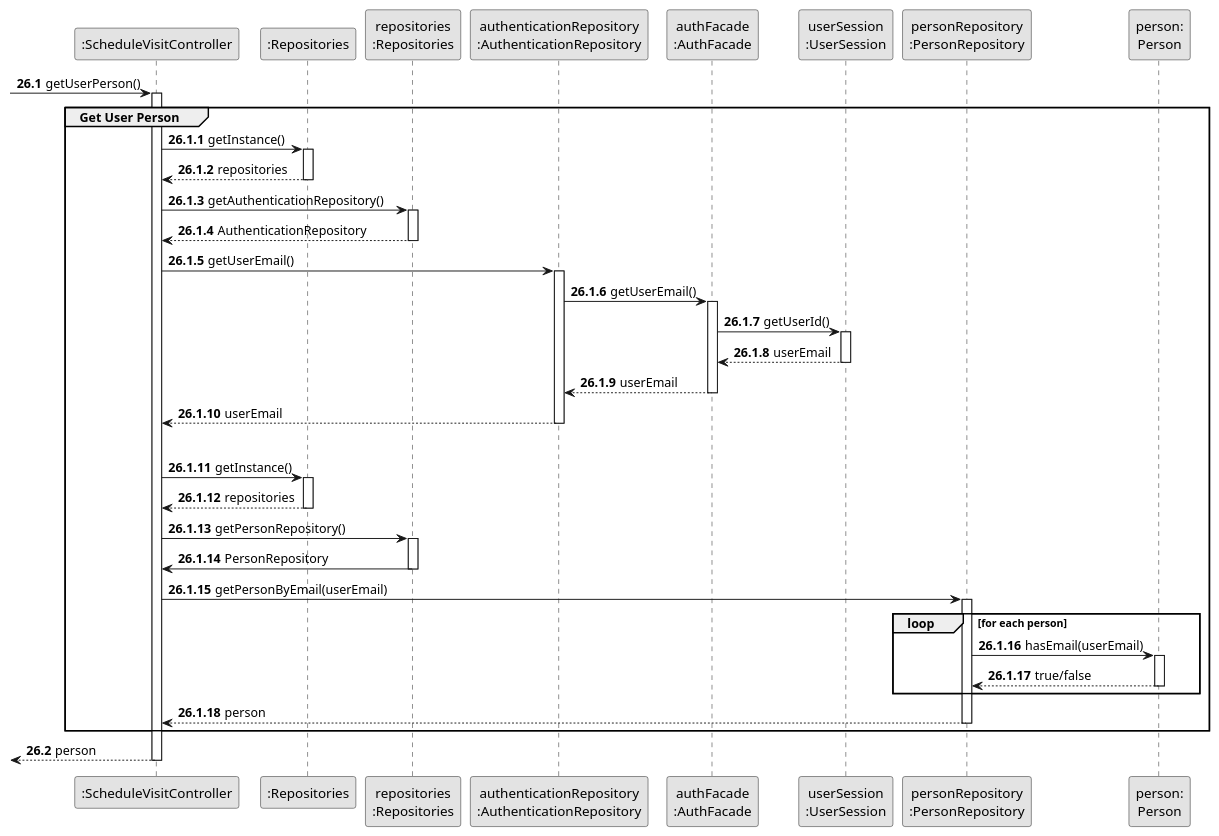
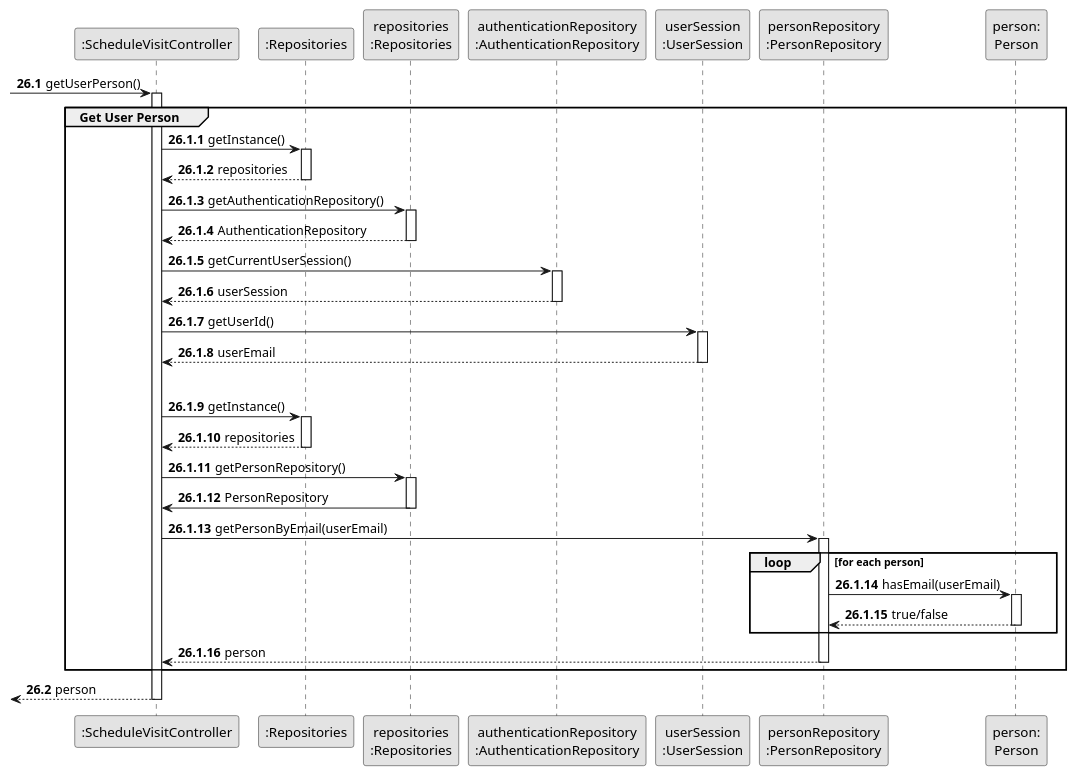
One commit to rita-barbosa/LAPR2-2223 changed the diagram in docs/sprintC/us009/03.design/puml/us009-sequence-diagram-partial-get-user-person.puml. Above: the diagram before and after it, drawn with PlantUML.

Commit message:
Get User Person Partial SD update [US009] [Design]

```diff
--- a/docs/sprintC/us009/03.design/puml/us009-sequence-diagram-partial-get-user-person.puml
+++ b/docs/sprintC/us009/03.design/puml/us009-sequence-diagram-partial-get-user-person.puml
@@ -1,90 +1,83 @@
 @startuml
 skinparam monochrome true
 skinparam packageStyle rectangle
 skinparam shadowing false\
 
 
 participant ":ScheduleVisitController" as CTRL
 participant ":Repositories" as RepositorySingleton
 participant "repositories\n:Repositories" as PLAT
 participant "authenticationRepository\n:AuthenticationRepository" as AuthenticationRepository
-participant "authFacade\n:AuthFacade" as FACADE
 participant "userSession\n:UserSession" as SESSION
 participant "personRepository\n:PersonRepository" as PersonRepository
 participant "person:\nPerson" as PERSON
 
 autonumber 26.1
 
      -> CTRL : getUserPerson()
      activate CTRL
 
 autonumber 26.1.1
 
     group Get User Person
 
         CTRL -> RepositorySingleton : getInstance()
         activate RepositorySingleton
 
             RepositorySingleton --> CTRL : repositories
         deactivate RepositorySingleton
 
         CTRL -> PLAT : getAuthenticationRepository()
         activate PLAT
 
             PLAT --> CTRL : AuthenticationRepository
         deactivate PLAT
 
-        CTRL -> AuthenticationRepository : getUserEmail()
+        CTRL -> AuthenticationRepository : getCurrentUserSession()
         activate AuthenticationRepository
 
-            AuthenticationRepository -> FACADE : getUserEmail()
-            activate FACADE
+           AuthenticationRepository --> CTRL : userSession
+        deactivate AuthenticationRepository
 
-                FACADE -> SESSION : getUserId()
-                activate SESSION
+        CTRL -> SESSION : getUserId()
+        activate SESSION
 
-                    SESSION --> FACADE : userEmail
-                deactivate SESSION
-
-                FACADE --> AuthenticationRepository : userEmail
-            deactivate FACADE
-
-           AuthenticationRepository --> CTRL : userEmail
-        deactivate AuthenticationRepository
+            SESSION --> CTRL : userEmail
+        deactivate SESSION
 |||
         CTRL -> RepositorySingleton : getInstance()
         activate RepositorySingleton
 
             RepositorySingleton --> CTRL : repositories
         deactivate RepositorySingleton
 
         CTRL -> PLAT : getPersonRepository()
         activate PLAT
 
             PLAT -> CTRL : PersonRepository
         deactivate PLAT
 
         CTRL -> PersonRepository : getPersonByEmail(userEmail)
         activate PersonRepository
 
         loop for each person
 
             PersonRepository -> PERSON : hasEmail(userEmail)
             activate PERSON
 
                 PERSON --> PersonRepository : true/false
             deactivate PERSON
 
         end loop
 
             PersonRepository --> CTRL : person
         deactivate PersonRepository
 
      end group
 
 autonumber 26.2
 
         <-- CTRL : person
     deactivate CTRL
 
 @enduml
```
